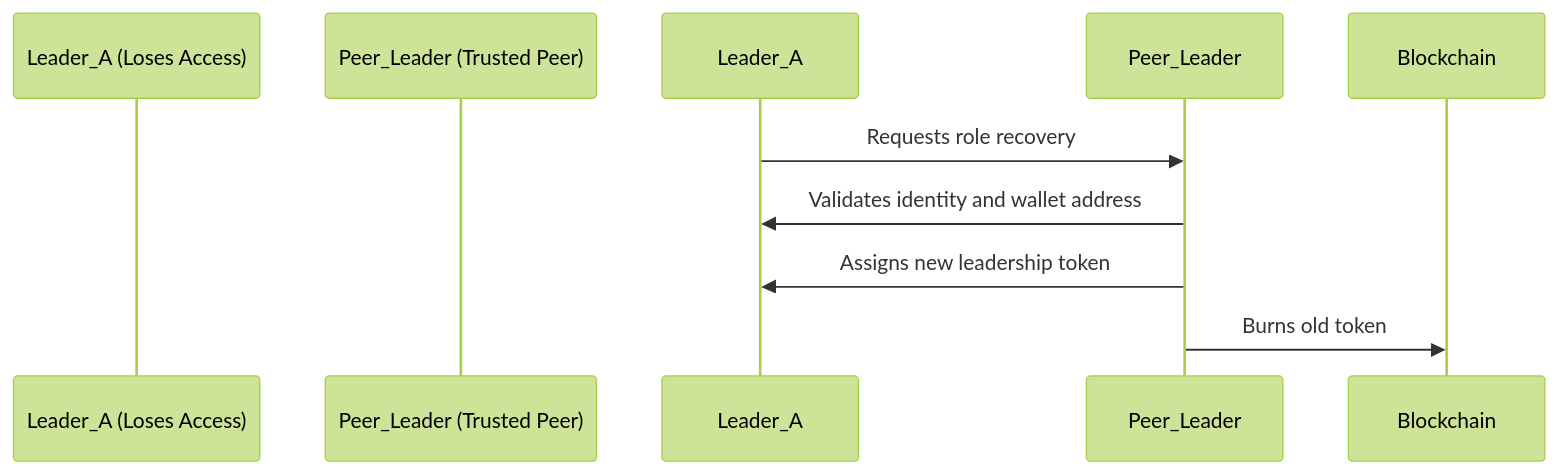
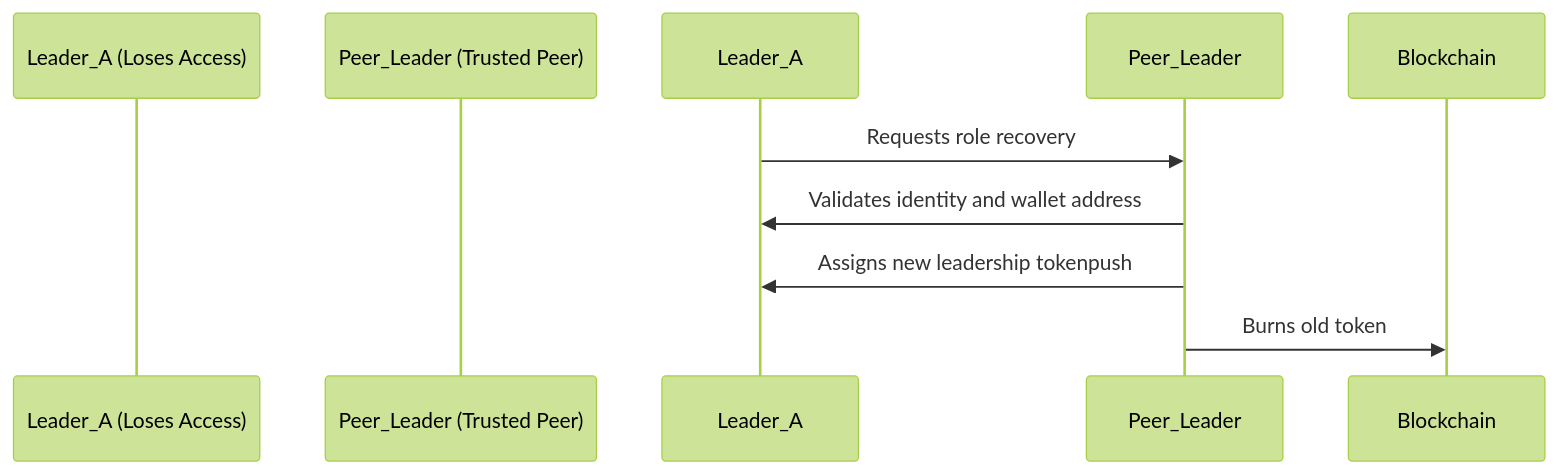
One commit to syntro-fi/refunite-network changed the second of 2 diagrams in README.md. Above: the diagram before and after it, drawn with Mermaid (forest theme).

Commit message:
chore(docs): readme landing page

````diff
--- a/README.md
+++ b/README.md
@@ -85,9 +85,9 @@
 ```mermaid
 sequenceDiagram
     participant Leader_A (Loses Access)
     participant Peer_Leader (Trusted Peer)
     Leader_A->>Peer_Leader: Requests role recovery
     Peer_Leader->>Leader_A: Validates identity and wallet address
-    Peer_Leader->>Leader_A: Assigns new leadership token
+    Peer_Leader->>Leader_A: Assigns new leadership tokenpush
     Peer_Leader->>Blockchain: Burns old token
 ```
````
